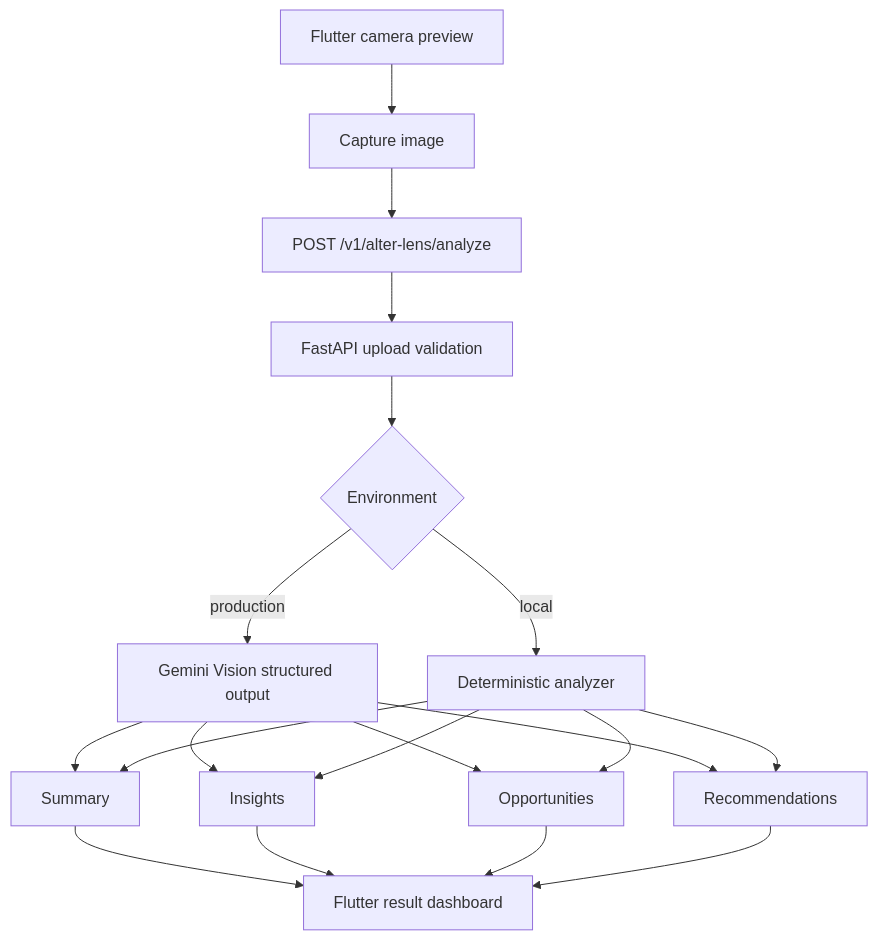
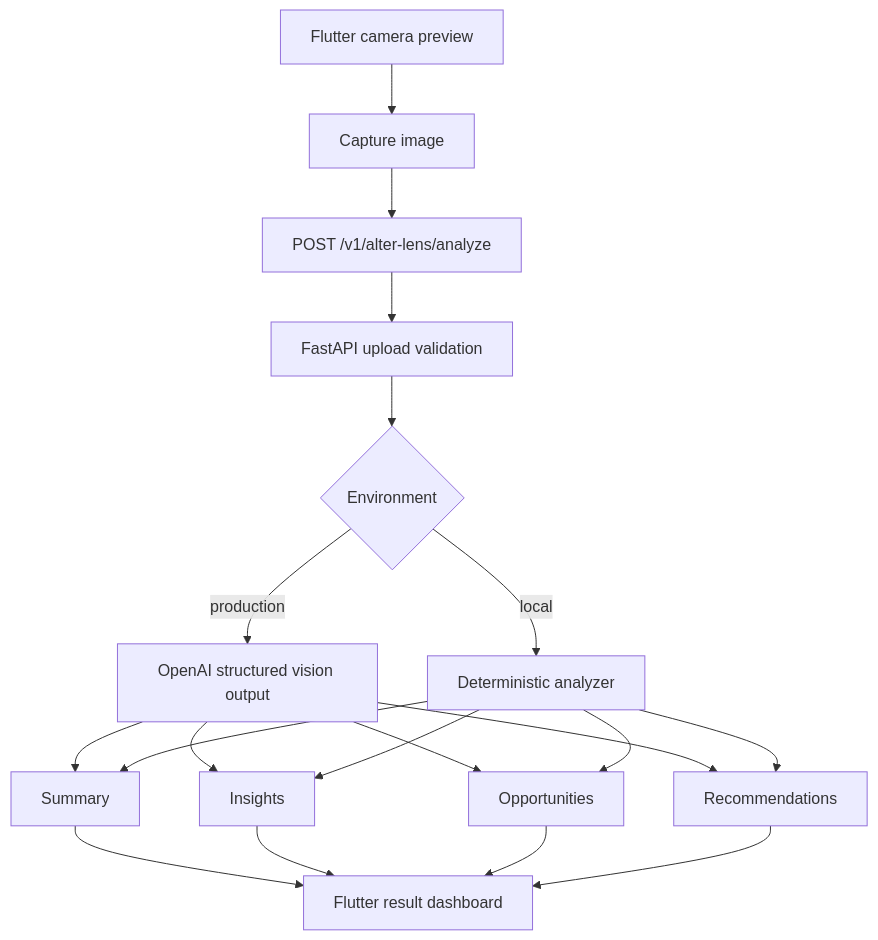
One commit to Induj1/alterAI changed the first of 2 diagrams in services/alter_lens/README.md. Above: the diagram before and after it, drawn with Mermaid. The commit also changed other lines of this file and 24 other files, not shown here.

````diff
--- a/services/alter_lens/README.md
+++ b/services/alter_lens/README.md
@@ -8,21 +8,21 @@
 ```mermaid
 flowchart TD
   A["Flutter camera preview"] --> B["Capture image"]
   B --> C["POST /v1/alter-lens/analyze"]
   C --> D["FastAPI upload validation"]
   D --> E{"Environment"}
   E -->|local| F["Deterministic analyzer"]
-  E -->|production| G["Gemini Vision structured output"]
+  E -->|production| G["OpenAI structured vision output"]
   G --> H["Summary"]
   G --> I["Insights"]
   G --> J["Opportunities"]
   G --> K["Recommendations"]
   F --> H
   F --> I
   F --> J
   F --> K
   H --> L["Flutter result dashboard"]
   I --> L
   J --> L
   K --> L
 ```
````
